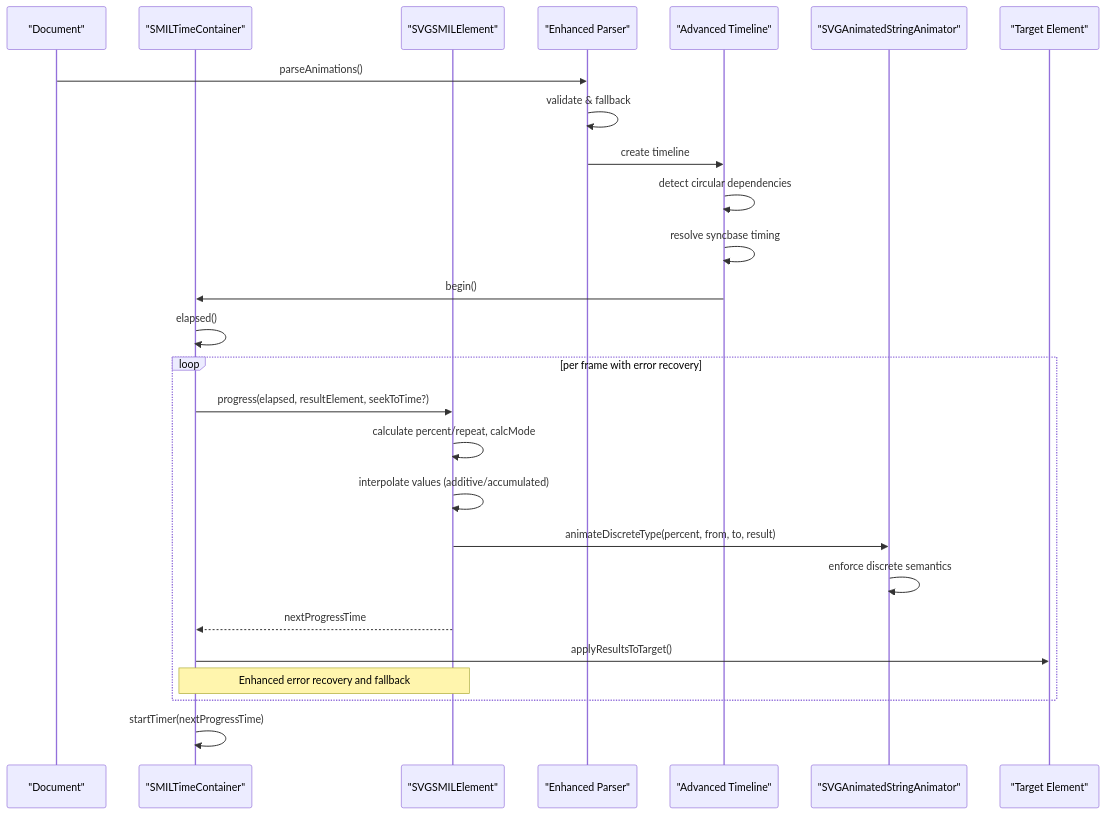
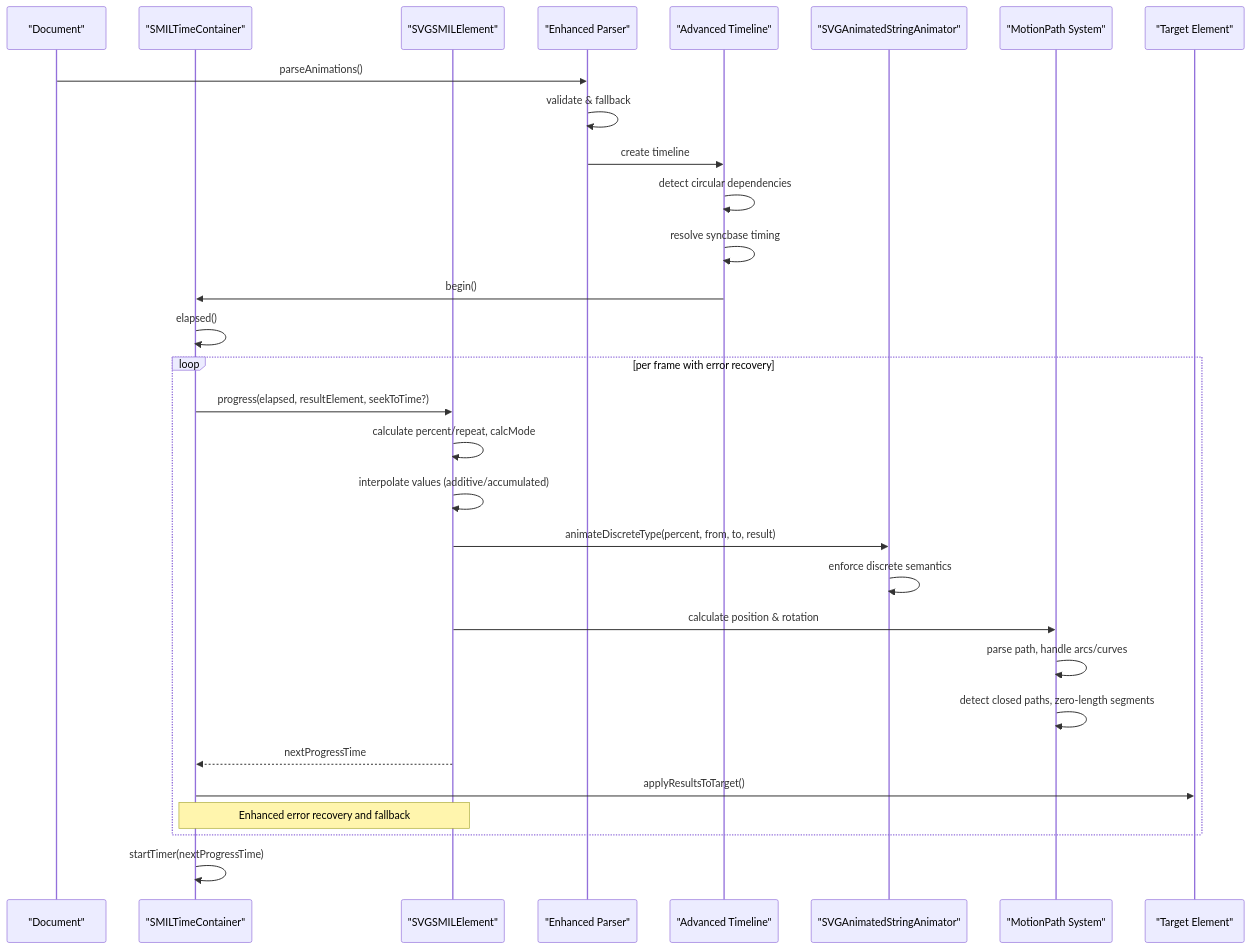
The second of 12 diagrams in .qoder/repowiki/en/content/Animated SVG Support/SMIL Animation Specification/SMIL Animation Specification.md (denisnadey/flutter_full_svg_support), drawn with Mermaid before and after one commit. The commit also changed other lines of this file and 18 other files, not shown here.

First line of the commit message:
feat(smil): enhance animation runtime with discrete calcMode and motion path improvements

````diff
--- a/.qoder/repowiki/en/content/Animated SVG Support/SMIL Animation Specification/SMIL Animation Specification.md
+++ b/.qoder/repowiki/en/content/Animated SVG Support/SMIL Animation Specification/SMIL Animation Specification.md
@@ -171,28 +189,32 @@
 ```mermaid
 sequenceDiagram
 participant Doc as "Document"
 participant Container as "SMILTimeContainer"
 participant Element as "SVGSMILElement"
 participant Parser as "Enhanced Parser"
 participant Timeline as "Advanced Timeline"
 participant Animator as "SVGAnimatedStringAnimator"
+participant MotionPath as "MotionPath System"
 participant Target as "Target Element"
 Doc->>Parser : parseAnimations()
 Parser->>Parser : validate & fallback
 Parser->>Timeline : create timeline
 Timeline->>Timeline : detect circular dependencies
 Timeline->>Timeline : resolve syncbase timing
 Timeline->>Container : begin()
 Container->>Container : elapsed()
 loop per frame with error recovery
 Container->>Element : progress(elapsed, resultElement, seekToTime?)
 Element->>Element : calculate percent/repeat, calcMode
 Element->>Element : interpolate values (additive/accumulated)
 Element->>Animator : animateDiscreteType(percent, from, to, result)
 Animator->>Animator : enforce discrete semantics
+Element->>MotionPath : calculate position & rotation
+MotionPath->>MotionPath : parse path, handle arcs/curves
+MotionPath->>MotionPath : detect closed paths, zero-length segments
 Element-->>Container : nextProgressTime
 Container->>Target : applyResultsToTarget()
 Note over Container,Element : Enhanced error recovery and fallback
 end
 Container->>Container : startTimer(nextProgressTime)
 ```
````
